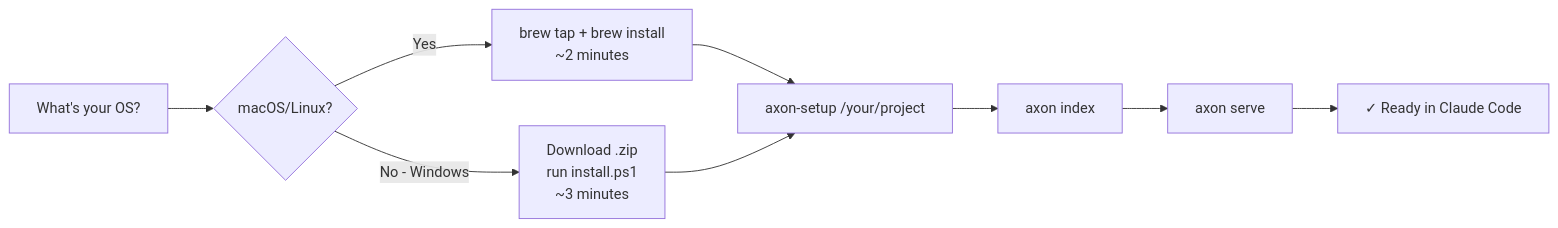
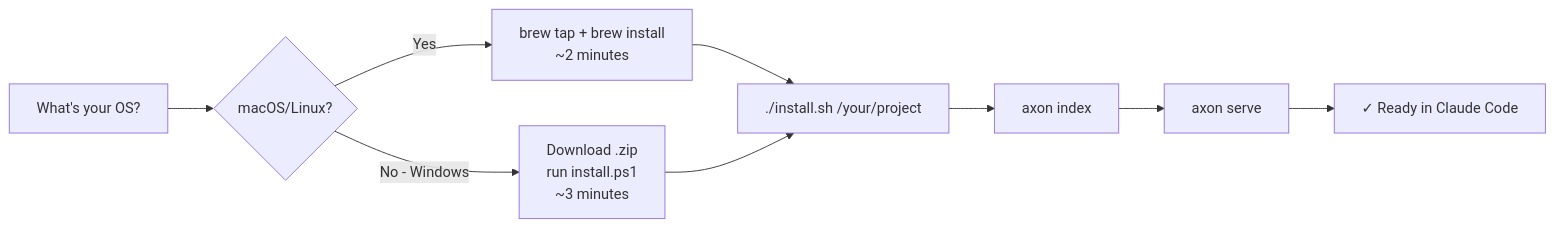
One commit to HideakiSolutions/axon-releases changed the second of 6 diagrams in README.md. Above: the diagram before and after it, drawn with Mermaid. The commit also changed other lines of this file and 4 other files, not shown here.

First line of the commit message:
docs: fix install flow for laypeople (install.sh not axon-setup, releases/latest, model+MCP auto)

````diff
--- a/README.md
+++ b/README.md
@@ -73,11 +73,11 @@
 ```mermaid
 flowchart LR
     A[What's your OS?] --> B{macOS/Linux?}
     B -->|Yes| C[brew tap + brew install\n~2 minutes]
     B -->|No - Windows| D[Download .zip\nrun install.ps1\n~3 minutes]
-    C --> E[axon-setup /your/project]
+    C --> E[./install.sh /your/project]
     D --> E
     E --> F[axon index]
     F --> G[axon serve]
     G --> H[✓ Ready in Claude Code]
 ```
````
